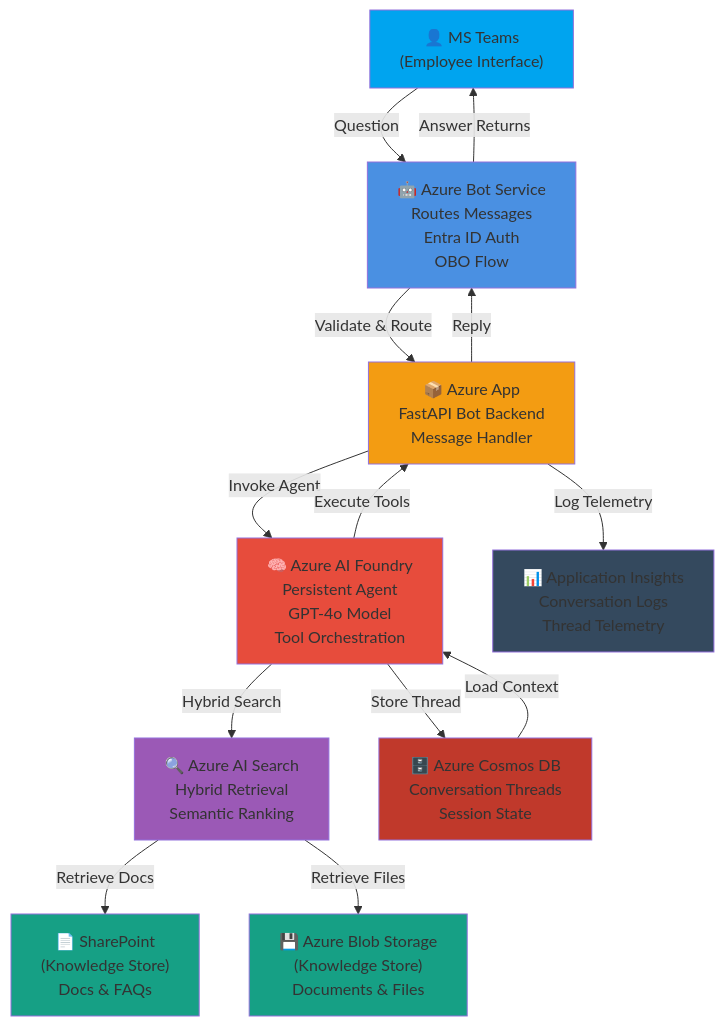
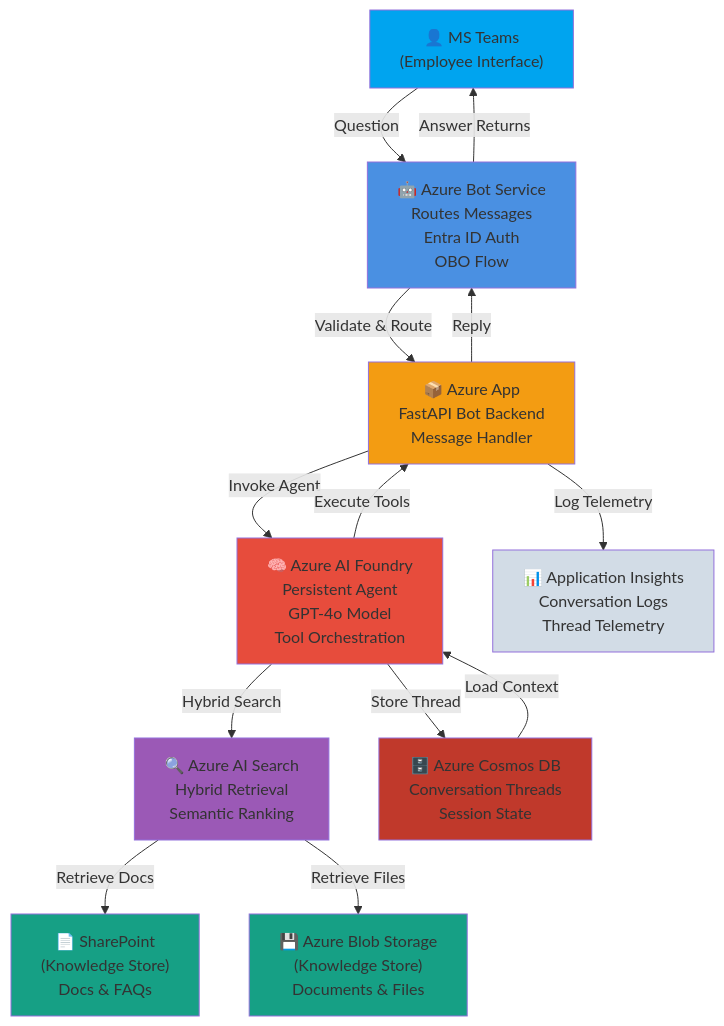
Before and after one commit to gabycb/rag-sample-copy: the first of 3 diagrams in README.md, drawn with Mermaid.

Commit message:
Change Telemetry style color in README
Updated Telemetry style color in README.

````diff
--- a/README.md
+++ b/README.md
@@ -11,36 +11,36 @@
 ```mermaid
 graph TB
     Teams["👤 MS Teams<br/>(Employee Interface)"]
     BotService["🤖 Azure Bot Service<br/>Routes Messages<br/>Entra ID Auth<br/>OBO Flow"]
     Container["📦 Azure App <br/>FastAPI Bot Backend<br/>Message Handler"]
     AIFoundry["🧠 Azure AI Foundry<br/>Persistent Agent<br/>GPT-4o Model<br/>Tool Orchestration"]
     AISearch["🔍 Azure AI Search<br/>Hybrid Retrieval<br/>Semantic Ranking"]
     
     SharePoint["📄 SharePoint<br/>(Knowledge Store)<br/>Docs & FAQs"]
     BlobStorage["💾 Azure Blob Storage<br/>(Knowledge Store)<br/>Documents & Files"]
     CosmosDB["🗄️ Azure Cosmos DB<br/>Conversation Threads<br/>Session State"]
     Telemetry["📊 Application Insights<br/>Conversation Logs<br/>Thread Telemetry"]
     
     Teams -->|Question| BotService
     BotService -->|Validate & Route| Container
     Container -->|Invoke Agent| AIFoundry
     AIFoundry -->|Execute Tools| Container
     AIFoundry -->|Hybrid Search| AISearch
     AISearch -->|Retrieve Docs| SharePoint
     AISearch -->|Retrieve Files| BlobStorage
     AIFoundry -->|Store Thread| CosmosDB
     Container -->|Log Telemetry| Telemetry
     Container -->|Reply| BotService
     BotService -->|Answer Returns| Teams
     CosmosDB -->|Load Context| AIFoundry
     
     style Teams fill:#00a4ef
     style BotService fill:#4a90e2
     style Container fill:#f39c12
     style AIFoundry fill:#e74c3c
     style AISearch fill:#9b59b6
     style SharePoint fill:#16a085
     style BlobStorage fill:#16a085
     style CosmosDB fill:#c0392b
-    style Telemetry fill:#34495e
+    style Telemetry fill:#d2dce6
 ```
````
